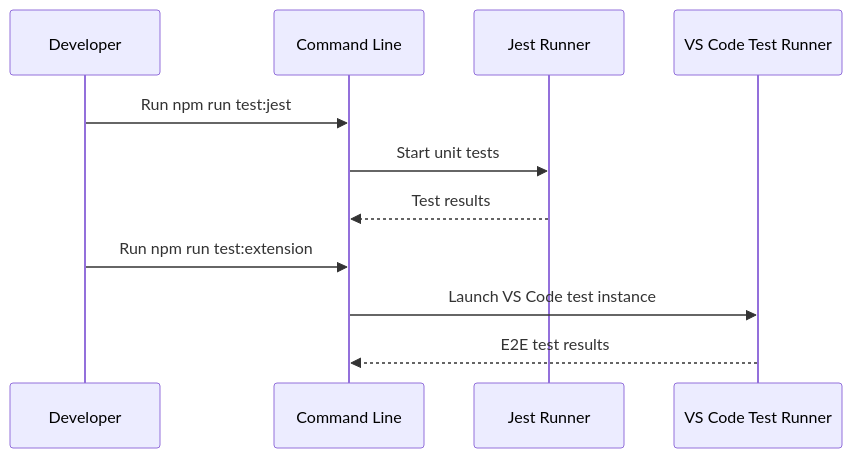
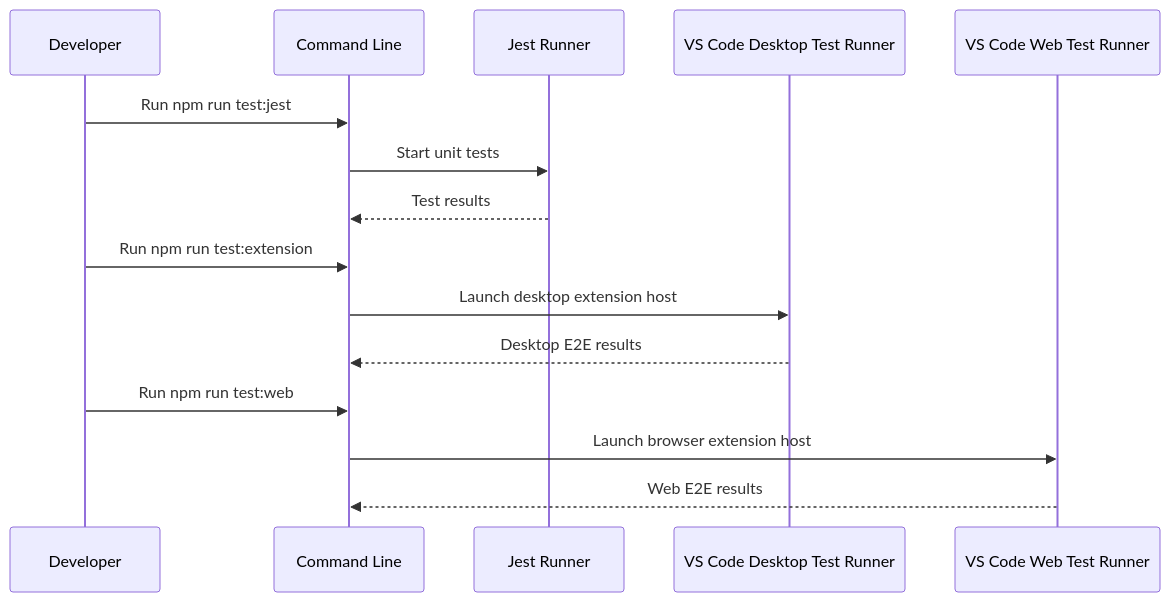
One commit to AlexJSully/workspace-wiki changed the diagram in docs/usage/testing.md. Above: the diagram before and after it, drawn with Mermaid. The commit also changed other lines of this file and 52 other files, not shown here.

Commit message:
Support VSCode web (#42)

````diff
--- a/docs/usage/testing.md
+++ b/docs/usage/testing.md
@@ -101,15 +115,19 @@
 ```mermaid
 sequenceDiagram
     accTitle: Test Execution Flow
-    accDescr: Shows the two test execution paths - running npm run test:jest launches Jest for unit tests, and npm run test:extension launches a VS Code instance for E2E tests.
+    accDescr: Shows the three test execution paths - npm run test:jest runs Jest unit tests, npm run test:extension runs desktop extension-host tests, and npm run test:web runs browser extension-host tests.
     participant Dev as Developer
     participant CLI as Command Line
     participant Jest as Jest Runner
-    participant VSCode as VS Code Test Runner
+    participant VSCodeDesktop as VS Code Desktop Test Runner
+    participant VSCodeWeb as VS Code Web Test Runner
     Dev->>CLI: Run npm run test:jest
     CLI->>Jest: Start unit tests
     Jest-->>CLI: Test results
     Dev->>CLI: Run npm run test:extension
-    CLI->>VSCode: Launch VS Code test instance
-    VSCode-->>CLI: E2E test results
+    CLI->>VSCodeDesktop: Launch desktop extension host
+    VSCodeDesktop-->>CLI: Desktop E2E results
+    Dev->>CLI: Run npm run test:web
+    CLI->>VSCodeWeb: Launch browser extension host
+    VSCodeWeb-->>CLI: Web E2E results
 ```
````
